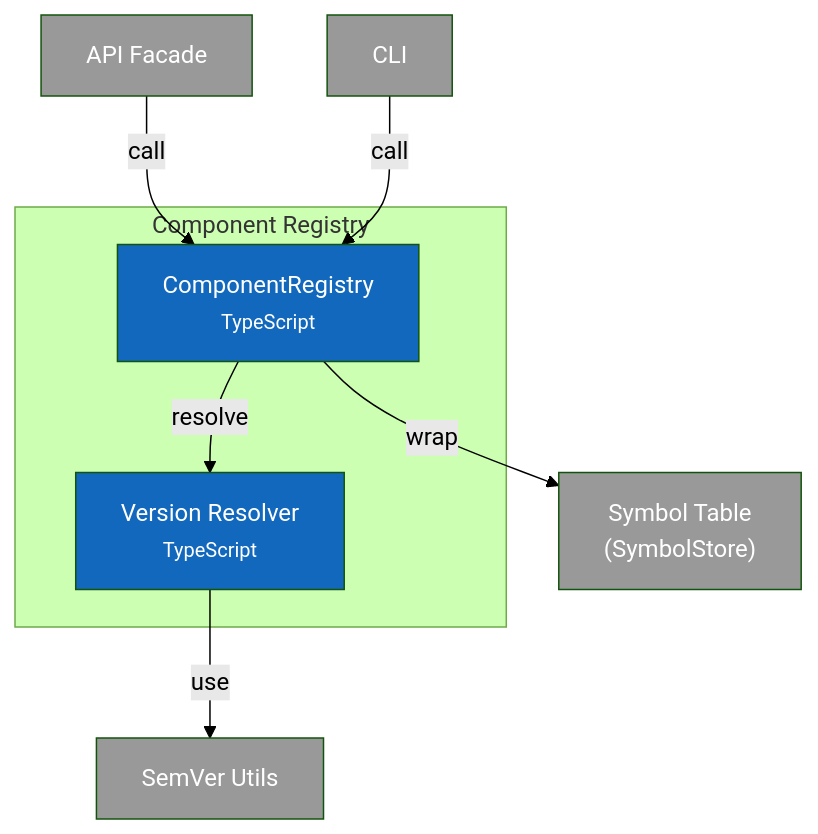
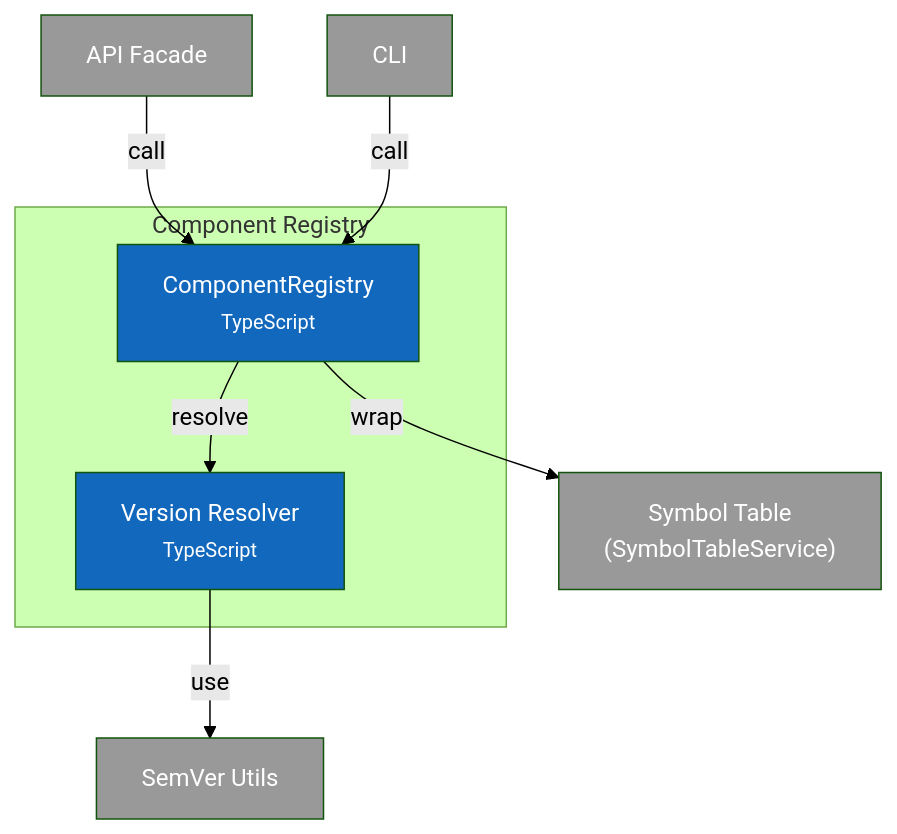
One commit to louipr/cyrus-code changed the diagram in docs/c4/component-registry.md. Above: the diagram before and after it, drawn with Mermaid (forest theme). The commit also changed other lines of this file and 48 other files, not shown here.

First line of the commit message:
refactor: standardize service architecture to gold standard pattern

````diff
--- a/docs/c4/component-registry.md
+++ b/docs/c4/component-registry.md
@@ -9,20 +9,20 @@
 ```mermaid
 flowchart TD
     subgraph registry ["Component Registry"]
         service["ComponentRegistry<br/><small>TypeScript</small>"]
         version["Version Resolver<br/><small>TypeScript</small>"]
     end
 
     service -->|"resolve"| version
-    service -->|"wrap"| st["Symbol Table<br/>(SymbolStore)"]
+    service -->|"wrap"| st["Symbol Table<br/>(SymbolTableService)"]
     version -->|"use"| semver["SemVer Utils"]
 
     api["API Facade"] -->|"call"| service
     cli["CLI"] -->|"call"| service
 
     classDef component fill:#1168bd,color:#fff
     classDef external fill:#999,color:#fff
 
     class service,version component
     class st,semver,api,cli external
 ```
````
